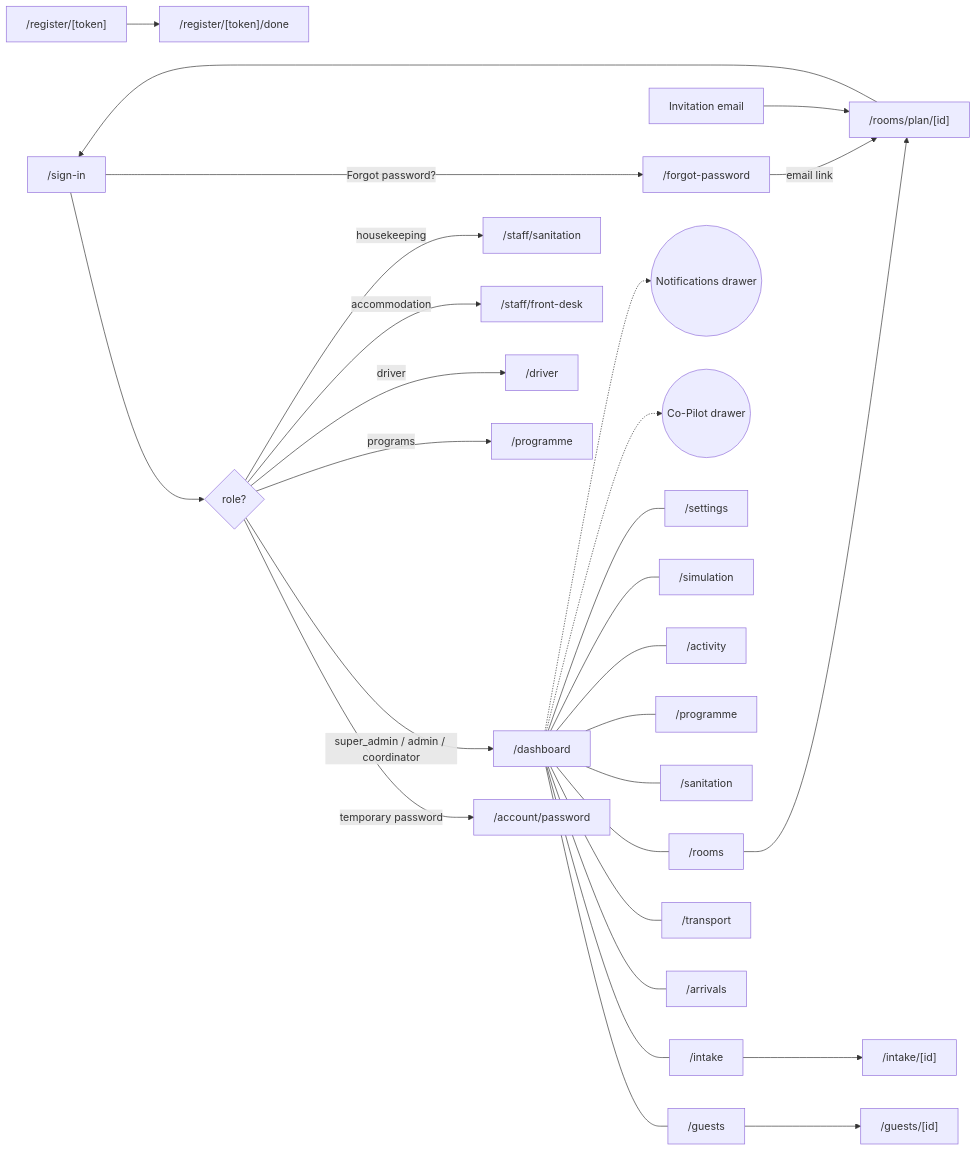
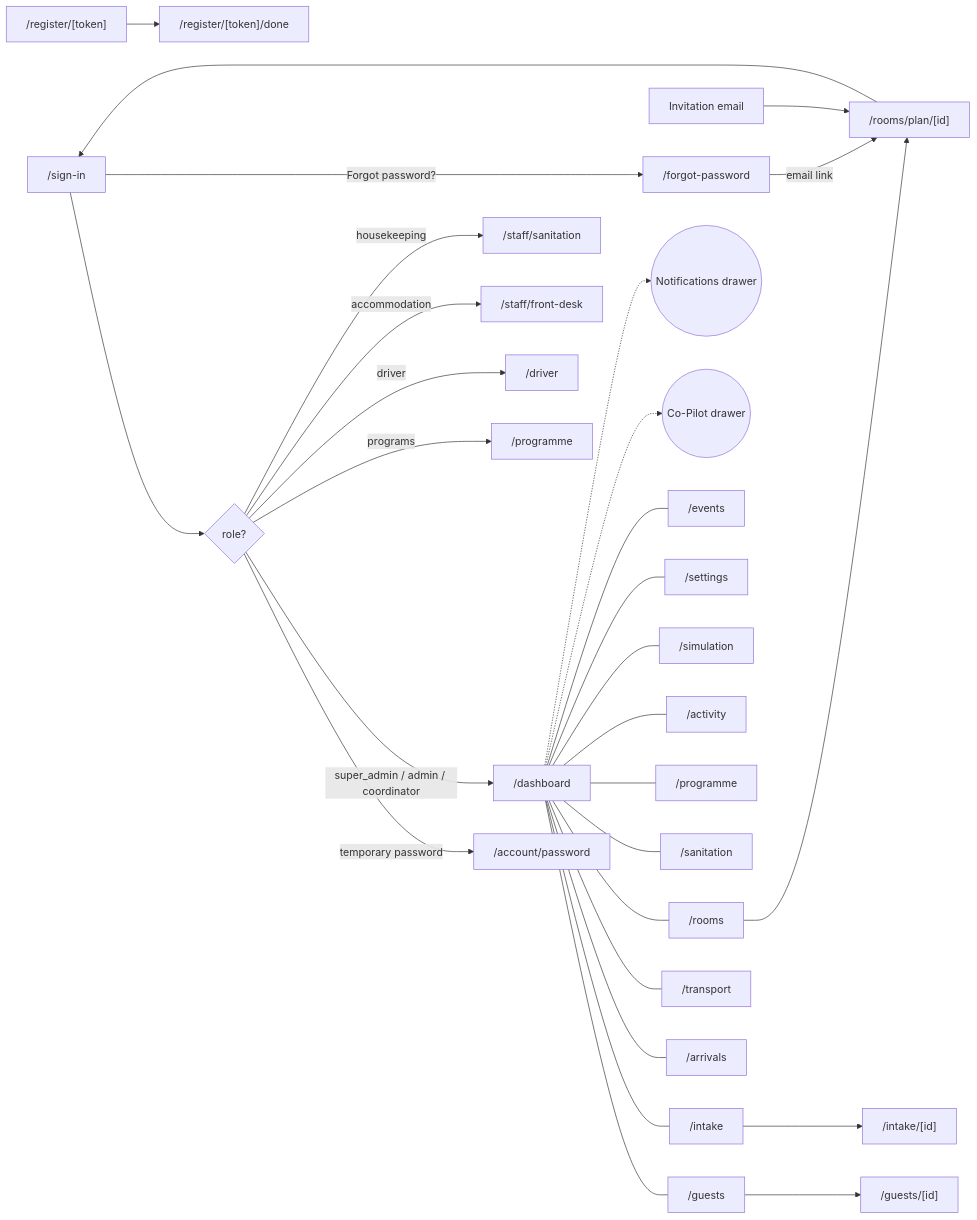
The first of 12 diagrams in docs/03-App-Flow.md (tallZacchaeus/hostmark-vip-gcs), drawn with Mermaid before and after one commit. The commit also changed other lines of this file and 46 other files, not shown here.

````diff
--- a/docs/03-App-Flow.md
+++ b/docs/03-App-Flow.md
@@ -66,27 +70,28 @@
 ```mermaid
 flowchart LR
   L["/sign-in"] --> R{role?}
   R -->|temporary password| PW["/account/password"]
   L -->|Forgot password?| FP["/forgot-password"] -->|email link| RP["/reset-password"] --> L
   INV["Invitation email"] --> RP
   R -->|super_admin / admin / coordinator| D["/dashboard"]
   R -->|programs| PG["/programme"]
   R -->|driver| DR["/driver"]
   R -->|accommodation| AC["/staff/front-desk"]
   R -->|housekeeping| CL["/staff/sanitation"]
 
   D --- GU["/guests"] --> GD["/guests/[id]"]
   D --- IN["/intake"] --> IR["/intake/[id]"]
   D --- AR["/arrivals"]
   D --- TR["/transport"]
   D --- RM["/rooms"] --> RP["/rooms/plan/[id]"]
   D --- SA["/sanitation"]
   D --- PGV["/programme"]
   D --- ACT["/activity"]
   D --- SIM["/simulation"]
   D --- SET["/settings"]
+  D --- EV["/events"]
   D -.-> CP(("Co-Pilot drawer"))
   D -.-> NO(("Notifications drawer"))
 
   PUB["/register/[token]"] --> DONE["/register/[token]/done"]
 ```
````
